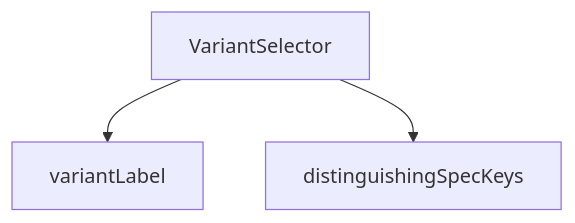
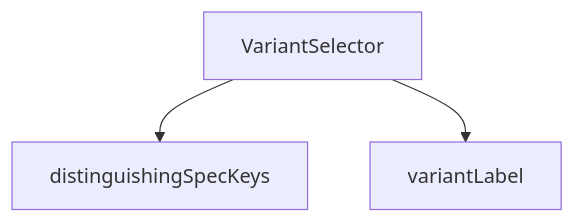
The diagram in src/components/products/VariantSelector.md (peckop/venthub-hvac-esite), drawn with Mermaid before and after one commit. The commit also changed other lines of this file and 94 other files, not shown here.

````diff
--- a/src/components/products/VariantSelector.md
+++ b/src/components/products/VariantSelector.md
@@ -179,8 +179,8 @@
 ```mermaid
 graph TD
     VariantSelector_tsx__VariantSelector["VariantSelector"]
     VariantSelector_tsx__distinguishingSpecKeys["distinguishingSpecKeys"]
     VariantSelector_tsx__variantLabel["variantLabel"]
+    VariantSelector_tsx__VariantSelector --> VariantSelector_tsx__distinguishingSpecKeys
     VariantSelector_tsx__VariantSelector --> VariantSelector_tsx__variantLabel
-    VariantSelector_tsx__VariantSelector --> VariantSelector_tsx__distinguishingSpecKeys
 ```
````
